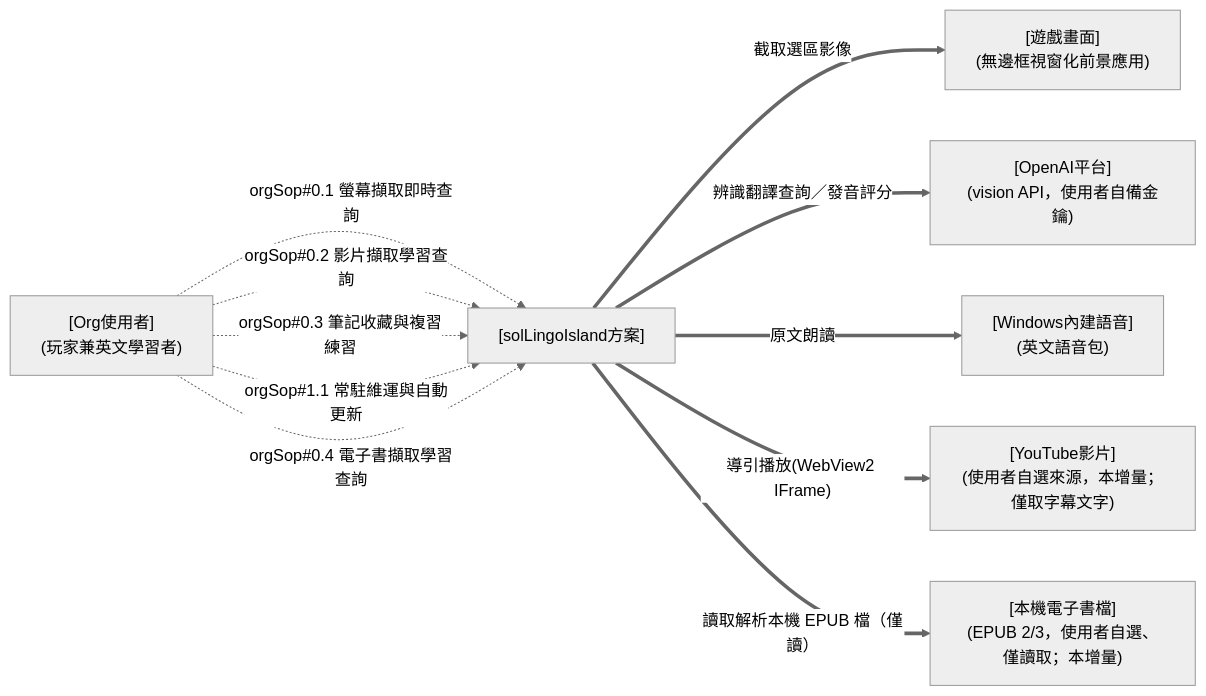
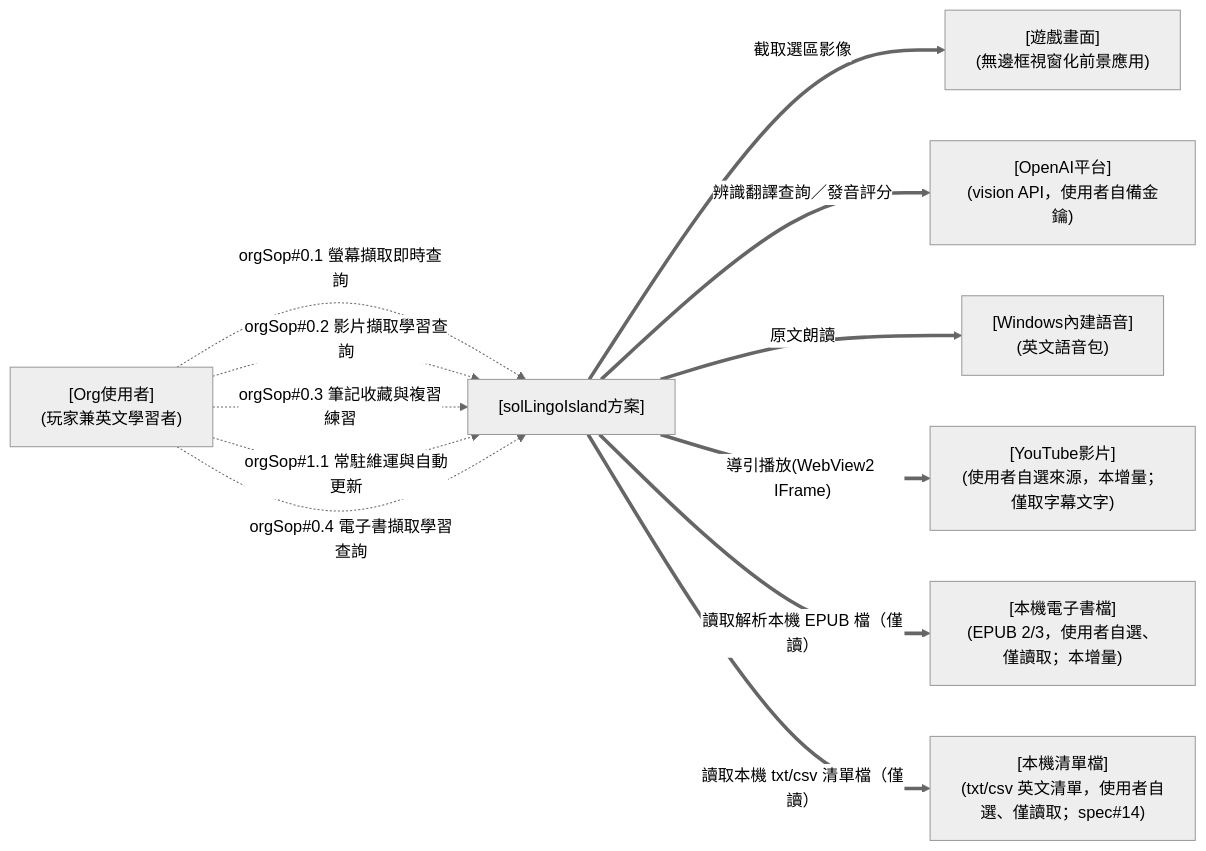
One commit to twMoonBear-Laboratory/solLingoIsland changed the first of 6 diagrams in docs/design.md. Above: the diagram before and after it, drawn with Mermaid (neutral theme). The commit also changed other lines of this file and 2 other files, not shown here.

````diff
--- a/docs/design.md
+++ b/docs/design.md
@@ -36,22 +36,24 @@
 ```mermaid
 flowchart LR
 
 USR["[Org使用者]<br/>(玩家兼英文學習者)"]
 GAME["[遊戲畫面]<br/>(無邊框視窗化前景應用)"]
 SOL["[solLingoIsland方案]"]
 OPENAI["[OpenAI平台]<br/>(vision API，使用者自備金鑰)"]
 SPEECH["[Windows內建語音]<br/>(英文語音包)"]
 YT["[YouTube影片]<br/>(使用者自選來源，本增量；僅取字幕文字)"]
 EBOOK["[本機電子書檔]<br/>(EPUB 2/3，使用者自選、僅讀取；本增量)"]
+LIST["[本機清單檔]<br/>(txt/csv 英文清單，使用者自選、僅讀取；spec#14)"]
 
 USR -.->|"orgSop#0.1 螢幕擷取即時查詢"| SOL
 USR -.->|"orgSop#0.2 影片擷取學習查詢"| SOL
 USR -.->|"orgSop#0.3 筆記收藏與複習練習"| SOL
 USR -.->|"orgSop#1.1 常駐維運與自動更新"| SOL
 USR -.->|"orgSop#0.4 電子書擷取學習查詢"| SOL
 SOL ==>|"截取選區影像"| GAME
 SOL ==>|"辨識翻譯查詢／發音評分"| OPENAI
 SOL ==>|"原文朗讀"| SPEECH
 SOL ==>|"導引播放(WebView2 IFrame)"| YT
 SOL ==>|"讀取解析本機 EPUB 檔（僅讀）"| EBOOK
+SOL ==>|"讀取本機 txt/csv 清單檔（僅讀）"| LIST
 ```
````
